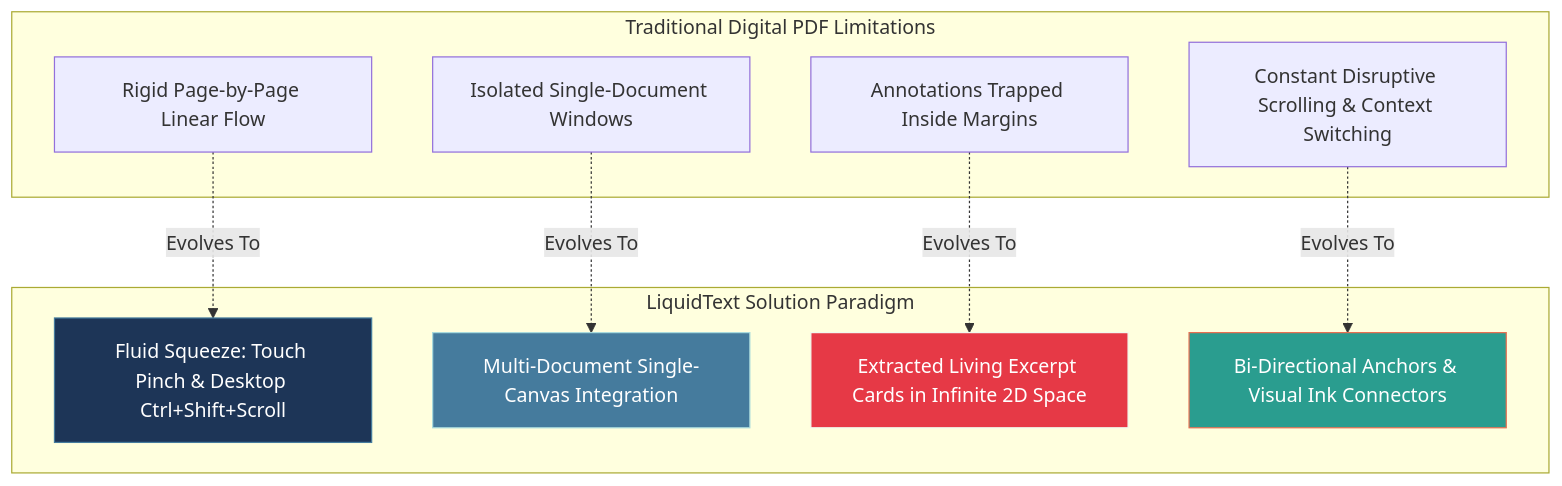
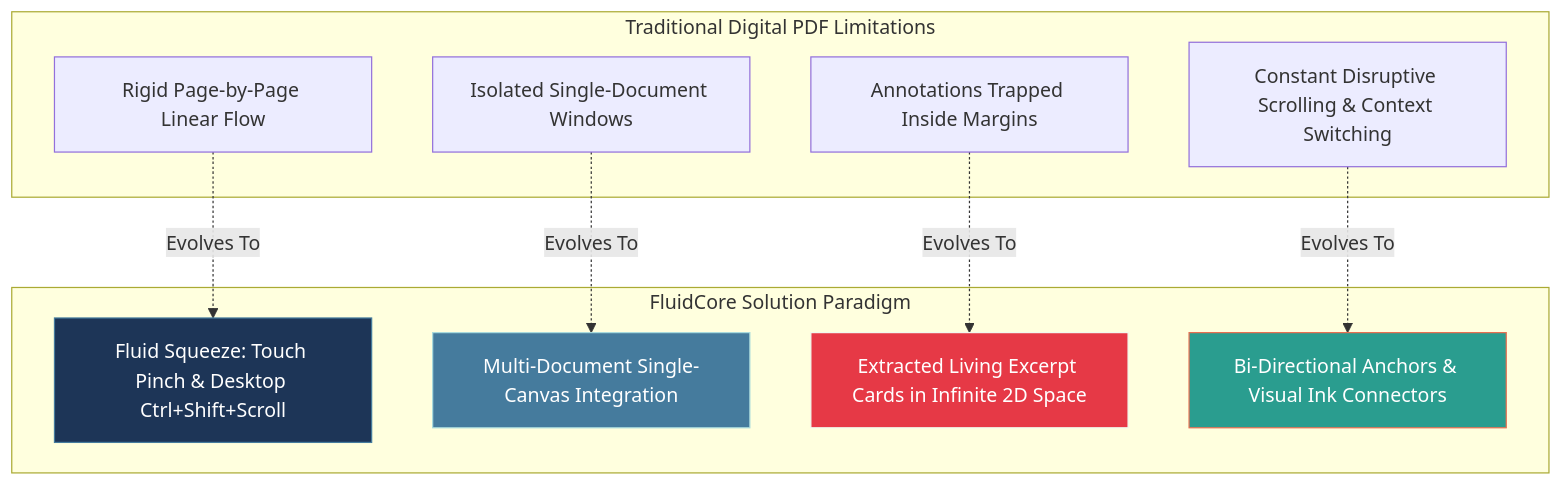
Before and after one commit to developerakshat12/FluidCorePDF: the first of 5 diagrams in planning/PRD.md, drawn with Mermaid. The commit also changed other lines of this file and 11 other files, not shown here.

Commit message:
docs: replace legacy branding references with FluidCore and fluid synthesis terminology

````diff
--- a/planning/PRD.md
+++ b/planning/PRD.md
@@ -15,26 +15,26 @@
 ```mermaid
 graph TD
     subgraph Traditional Digital PDF Limitations
         L1[Rigid Page-by-Page Linear Flow]
         L2[Isolated Single-Document Windows]
         L3[Annotations Trapped Inside Margins]
         L4[Constant Disruptive Scrolling & Context Switching]
     end
 
-    subgraph LiquidText Solution Paradigm
+    subgraph FluidCore Solution Paradigm
         S1[Fluid Squeeze: Touch Pinch & Desktop Ctrl+Shift+Scroll]
         S2[Multi-Document Single-Canvas Integration]
         S3[Extracted Living Excerpt Cards in Infinite 2D Space]
         S4[Bi-Directional Anchors & Visual Ink Connectors]
     end
 
     L1 -.->|Evolves To| S1
     L2 -.->|Evolves To| S2
     L3 -.->|Evolves To| S3
     L4 -.->|Evolves To| S4
 
     style S1 fill:#1d3557,stroke:#457b9d,color:#ffffff
     style S2 fill:#457b9d,stroke:#a8dadc,color:#ffffff
     style S3 fill:#e63946,stroke:#f1faee,color:#ffffff
     style S4 fill:#2a9d8f,stroke:#e76f51,color:#ffffff
 ```
````
